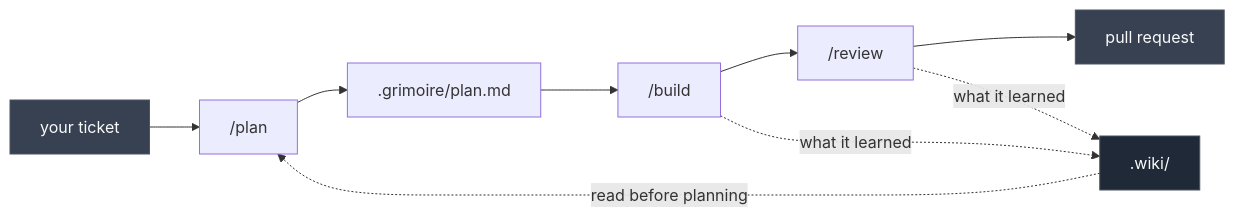
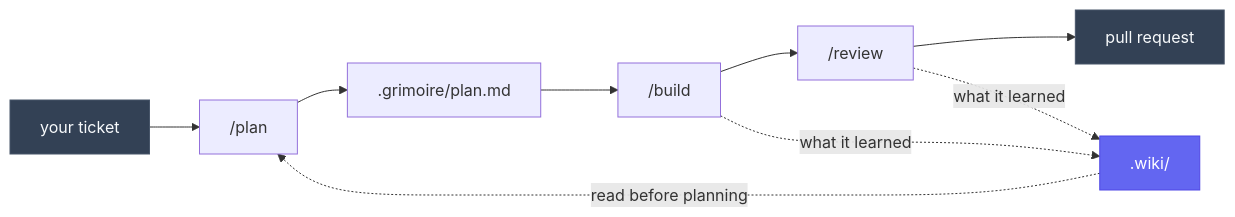
The first of 2 diagrams in README.md (skarif2/grimoire), drawn with Mermaid before and after one commit. The commit also changed other lines of this file, not shown here.

````diff
--- a/README.md
+++ b/README.md
@@ -16,16 +47,16 @@
 ```mermaid
 flowchart LR
     T["your ticket"] --> P["/plan"]
     P --> F[".grimoire/plan.md"]
     F --> B["/build"]
     B --> V["/review"]
     V --> PR["pull request"]
 
     B -. "what it learned" .-> W[".wiki/"]
     V -. "what it learned" .-> W
     W -. "read before planning" .-> P
 
-    style W fill:#1f2937,stroke:#4b5563,color:#f9fafb
-    style T fill:#374151,stroke:#4b5563,color:#f9fafb
-    style PR fill:#374151,stroke:#4b5563,color:#f9fafb
+    style W fill:#6366f1,stroke:#4f46e5,color:#ffffff
+    style T fill:#334155,stroke:#475569,color:#f8fafc
+    style PR fill:#334155,stroke:#475569,color:#f8fafc
 ```
````
